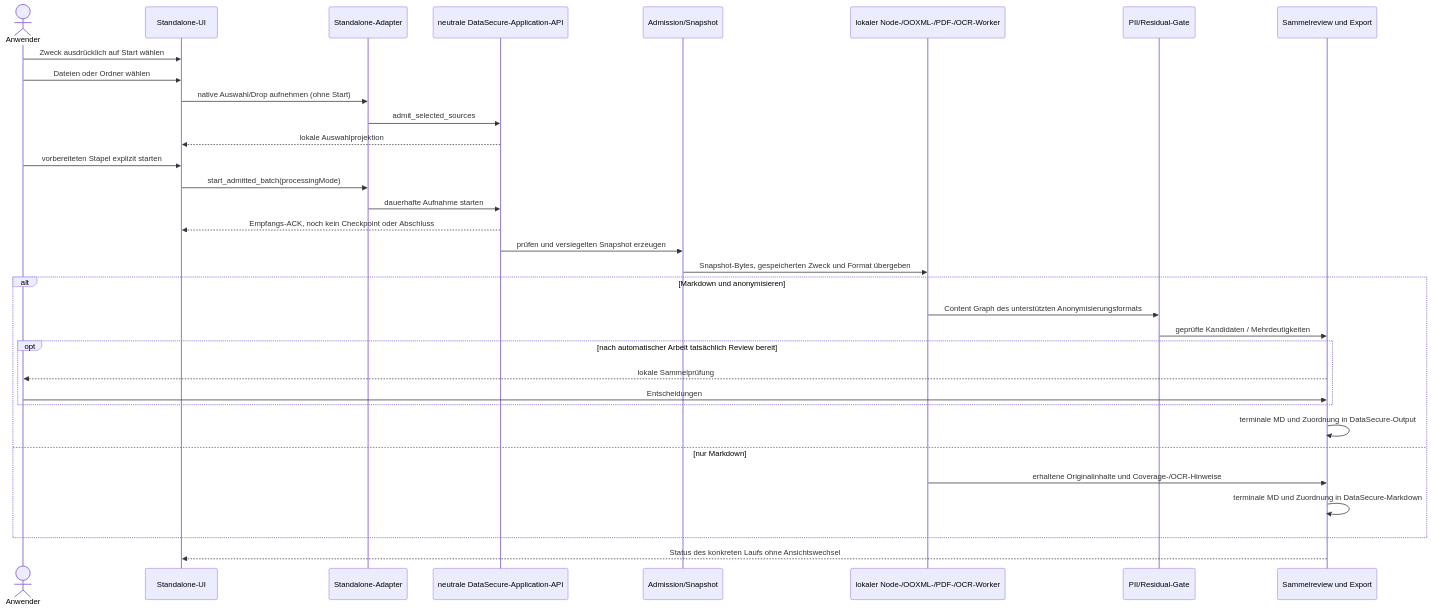
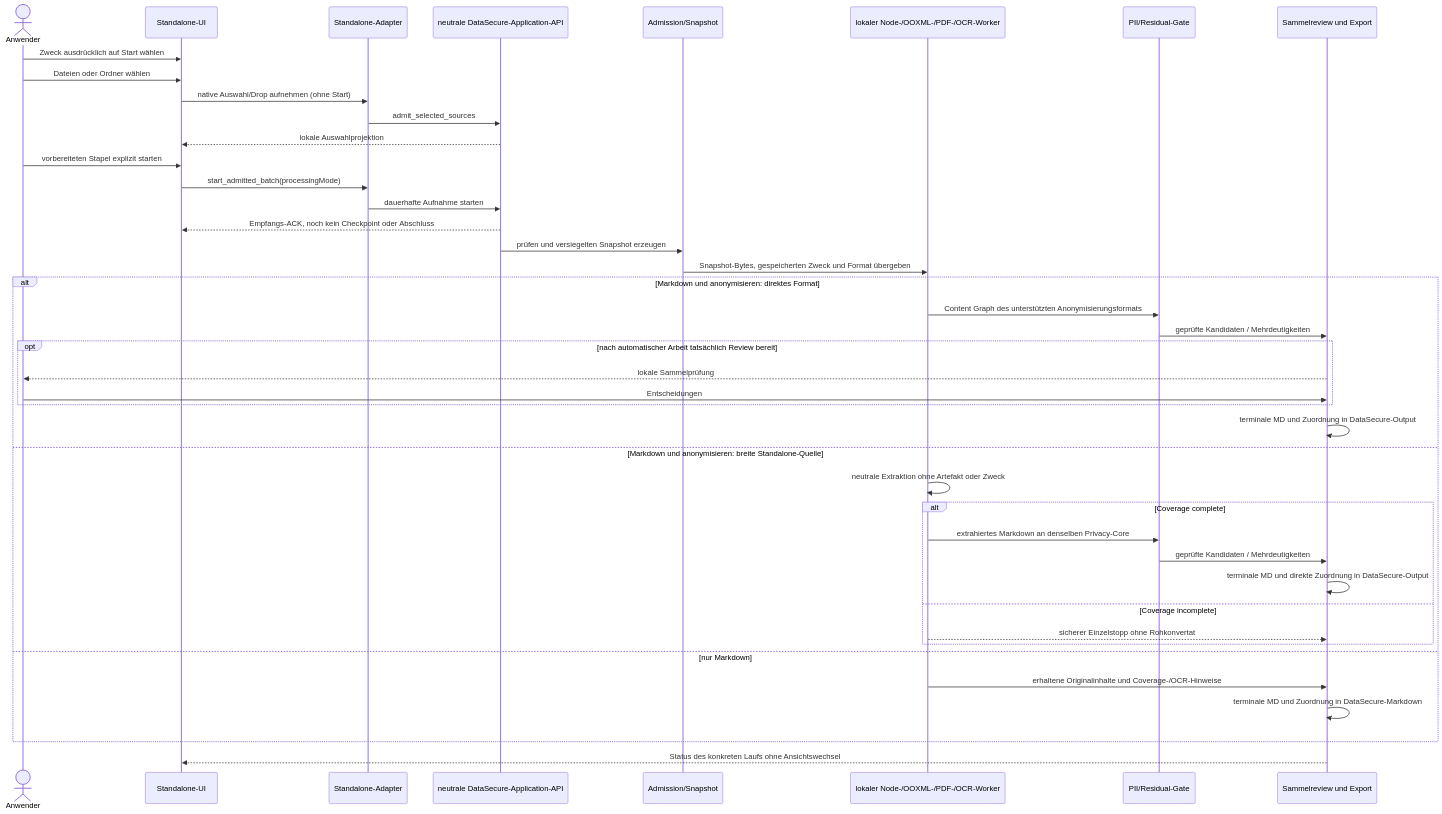
One commit to renepuhlmannarbeit/msg_gbh_DataSecure changed diagram 13 of 15 in docs/canonical/UML_ARCHITECTURE.md. Above: the diagram before and after it, drawn with Mermaid. The commit also changed other lines of this file and 60 other files, not shown here.

Commit message:
feat(standalone): chain complete wide extraction into privacy core

````diff
--- a/docs/canonical/UML_ARCHITECTURE.md
+++ b/docs/canonical/UML_ARCHITECTURE.md
@@ -557,35 +557,44 @@
 ```mermaid
 sequenceDiagram
   actor U as Anwender
   participant S as Standalone-UI
   participant A as Standalone-Adapter
   participant E as neutrale DataSecure-Application-API
   participant I as Admission/Snapshot
   participant M as lokaler Node-/OOXML-/PDF-/OCR-Worker
   participant P as PII/Residual-Gate
   participant V as Sammelreview und Export
   U->>S: Zweck ausdrücklich auf Start wählen
   U->>S: Dateien oder Ordner wählen
   S->>A: native Auswahl/Drop aufnehmen (ohne Start)
   A->>E: admit_selected_sources
   E-->>S: lokale Auswahlprojektion
   U->>S: vorbereiteten Stapel explizit starten
   S->>A: start_admitted_batch(processingMode)
   A->>E: dauerhafte Aufnahme starten
   E-->>S: Empfangs-ACK, noch kein Checkpoint oder Abschluss
   E->>I: prüfen und versiegelten Snapshot erzeugen
   I->>M: Snapshot-Bytes, gespeicherten Zweck und Format übergeben
-  alt Markdown und anonymisieren
+  alt Markdown und anonymisieren: direktes Format
     M->>P: Content Graph des unterstützten Anonymisierungsformats
     P->>V: geprüfte Kandidaten / Mehrdeutigkeiten
     opt nach automatischer Arbeit tatsächlich Review bereit
       V-->>U: lokale Sammelprüfung
       U->>V: Entscheidungen
     end
     V->>V: terminale MD und Zuordnung in DataSecure-Output
+  else Markdown und anonymisieren: breite Standalone-Quelle
+    M->>M: neutrale Extraktion ohne Artefakt oder Zweck
+    alt Coverage complete
+      M->>P: extrahiertes Markdown an denselben Privacy-Core
+      P->>V: geprüfte Kandidaten / Mehrdeutigkeiten
+      V->>V: terminale MD und direkte Zuordnung in DataSecure-Output
+    else Coverage incomplete
+      M-->>V: sicherer Einzelstopp ohne Rohkonvertat
+    end
   else nur Markdown
     M->>V: erhaltene Originalinhalte und Coverage-/OCR-Hinweise
     V->>V: terminale MD und Zuordnung in DataSecure-Markdown
   end
   V-->>S: Status des konkreten Laufs ohne Ansichtswechsel
 ```
````
